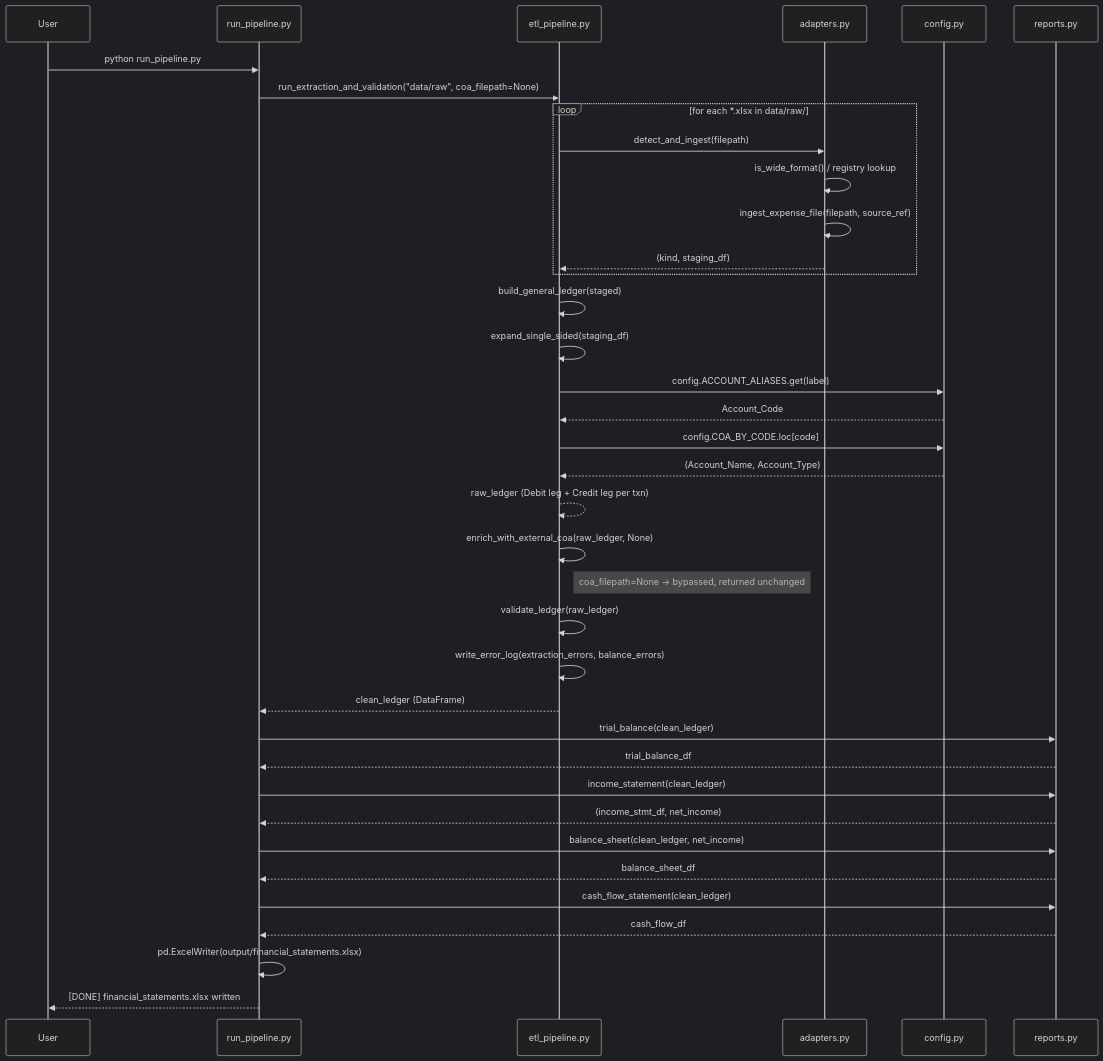
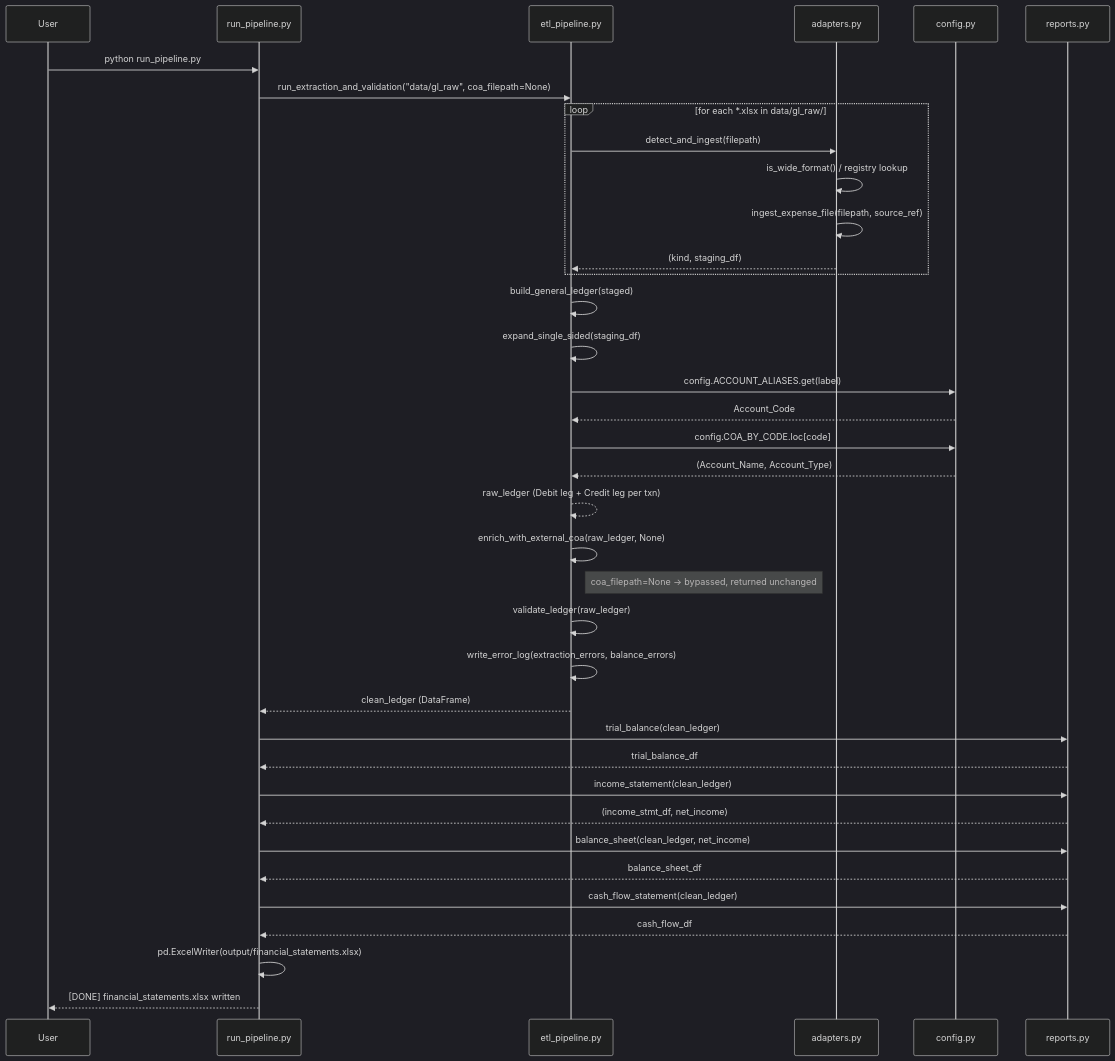
Before and after one commit to MUKIZA-The-Data-Engineer/Finance_system_project: the second of 3 diagrams in system.md, drawn with Mermaid (dark theme). The commit also changed other lines of this file and 6 other files, not shown here.

First line of the commit message:
Move real files to data/real and legacy GL inputs to data/gl_raw

````diff
--- a/system.md
+++ b/system.md
@@ -194,46 +194,46 @@
 ```mermaid
 sequenceDiagram
     participant User
     participant RP as run_pipeline.py
     participant ETL as etl_pipeline.py
     participant AD as adapters.py
     participant CFG as config.py
     participant REP as reports.py
 
     User->>RP: python run_pipeline.py
-    RP->>ETL: run_extraction_and_validation("data/raw", coa_filepath=None)
+    RP->>ETL: run_extraction_and_validation("data/gl_raw", coa_filepath=None)
 
-    loop for each *.xlsx in data/raw/
+    loop for each *.xlsx in data/gl_raw/
         ETL->>AD: detect_and_ingest(filepath)
         AD->>AD: is_wide_format() / registry lookup
         AD->>AD: ingest_expense_file(filepath, source_ref)
         AD-->>ETL: (kind, staging_df)
     end
 
     ETL->>ETL: build_general_ledger(staged)
     ETL->>ETL: expand_single_sided(staging_df)
     ETL->>CFG: config.ACCOUNT_ALIASES.get(label)
     CFG-->>ETL: Account_Code
     ETL->>CFG: config.COA_BY_CODE.loc[code]
     CFG-->>ETL: (Account_Name, Account_Type)
     ETL-->>ETL: raw_ledger (Debit leg + Credit leg per txn)
 
     ETL->>ETL: enrich_with_external_coa(raw_ledger, None)
     Note right of ETL: coa_filepath=None -> bypassed, returned unchanged
 
     ETL->>ETL: validate_ledger(raw_ledger)
     ETL->>ETL: write_error_log(extraction_errors, balance_errors)
     ETL-->>RP: clean_ledger (DataFrame)
 
     RP->>REP: trial_balance(clean_ledger)
     REP-->>RP: trial_balance_df
     RP->>REP: income_statement(clean_ledger)
     REP-->>RP: (income_stmt_df, net_income)
     RP->>REP: balance_sheet(clean_ledger, net_income)
     REP-->>RP: balance_sheet_df
     RP->>REP: cash_flow_statement(clean_ledger)
     REP-->>RP: cash_flow_df
 
     RP->>RP: pd.ExcelWriter(output/financial_statements.xlsx)
     RP-->>User: [DONE] financial_statements.xlsx written
 ```
````
